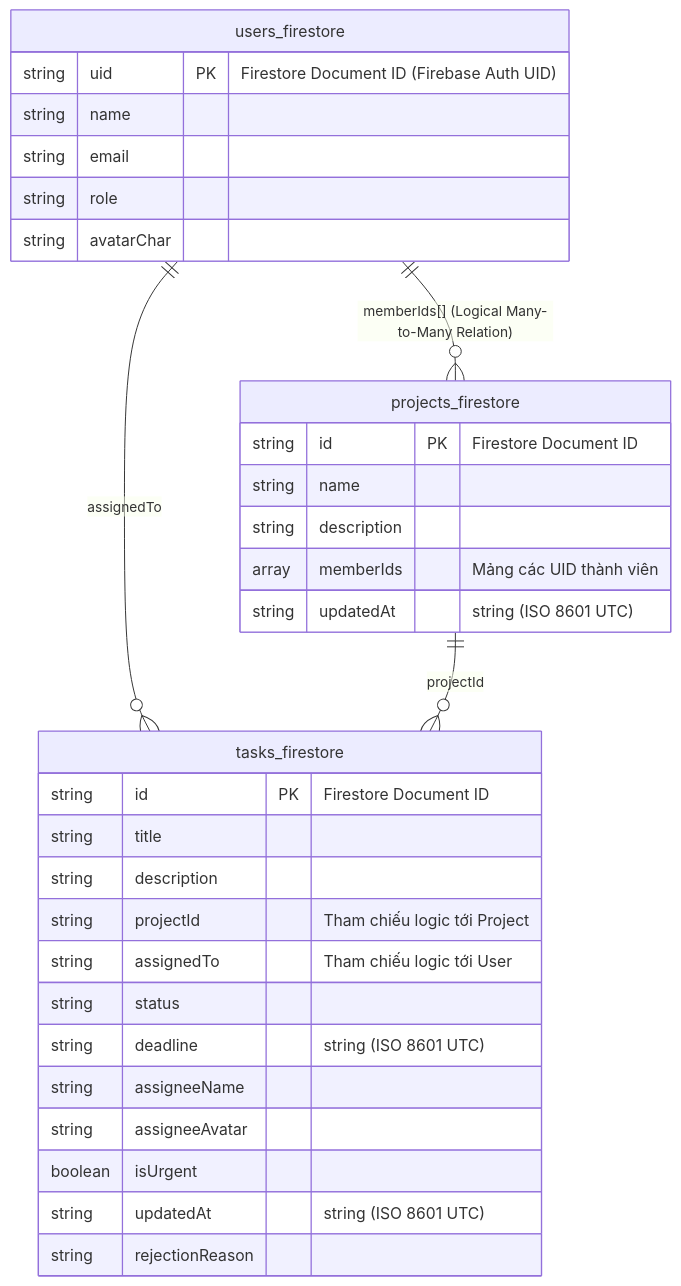
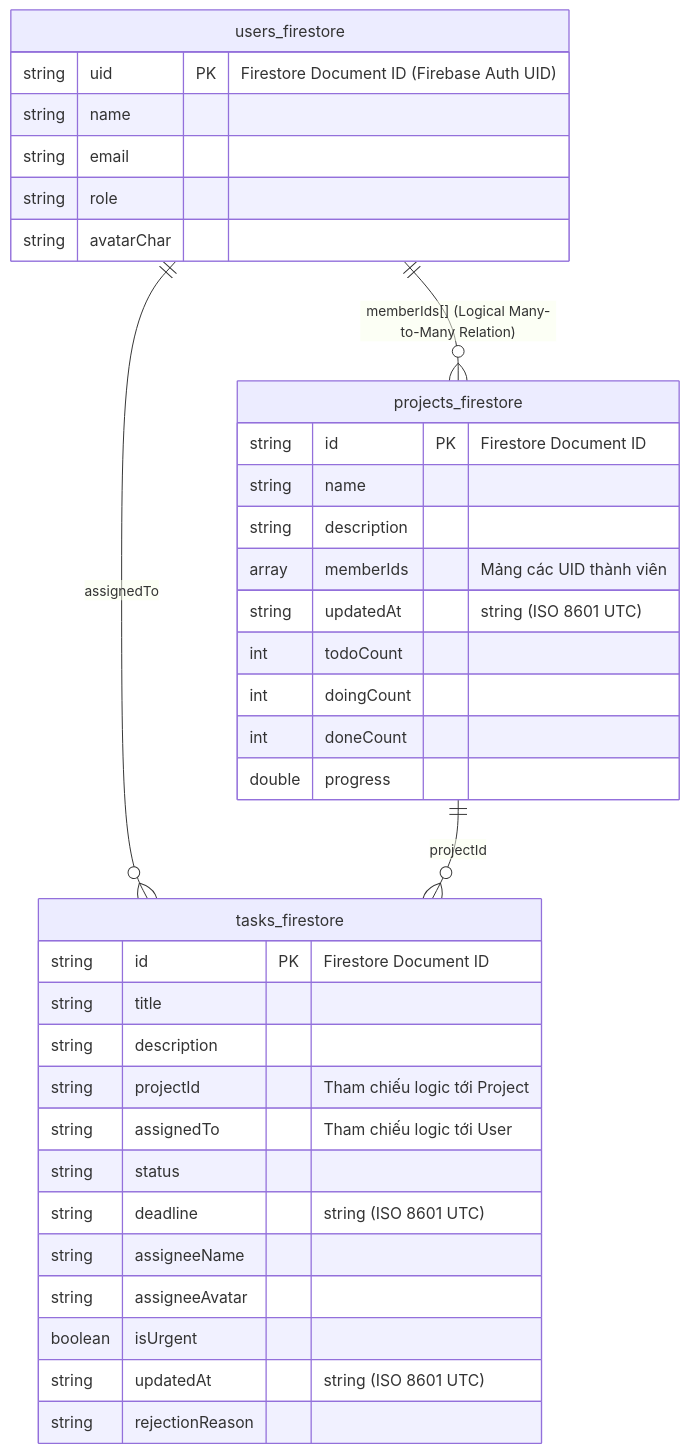
Diagram 15 of 15 in docs/bao_cao_bai_tap_lon_cuoi_ky.md (ttt-huong/TaskFlow_Huong_Thuong_Cuong_N03_1_2026), drawn with Mermaid before and after one commit. The commit also changed other lines of this file and 4 other files, not shown here.

First line of the commit message:
docs: update reports and add new architectural diagrams for TaskFlow

````diff
--- a/docs/bao_cao_bai_tap_lon_cuoi_ky.md
+++ b/docs/bao_cao_bai_tap_lon_cuoi_ky.md
@@ -938,37 +938,41 @@
 ```mermaid
 erDiagram
     users_firestore {
         string uid PK "Firestore Document ID (Firebase Auth UID)"
         string name
         string email
         string role
         string avatarChar
     }
 
     projects_firestore {
         string id PK "Firestore Document ID"
         string name
         string description
         array memberIds "Mảng các UID thành viên"
         string updatedAt "string (ISO 8601 UTC)"
+        int todoCount
+        int doingCount
+        int doneCount
+        double progress
     }
 
     tasks_firestore {
         string id PK "Firestore Document ID"
         string title
         string description
         string projectId "Tham chiếu logic tới Project"
         string assignedTo "Tham chiếu logic tới User"
         string status
         string deadline "string (ISO 8601 UTC)"
         string assigneeName
         string assigneeAvatar
         boolean isUrgent
         string updatedAt "string (ISO 8601 UTC)"
         string rejectionReason
     }
 
     users_firestore ||--o{ tasks_firestore : "assignedTo"
     projects_firestore ||--o{ tasks_firestore : "projectId"
     users_firestore ||--o{ projects_firestore : "memberIds[] (Logical Many-to-Many Relation)"
 ```
````
